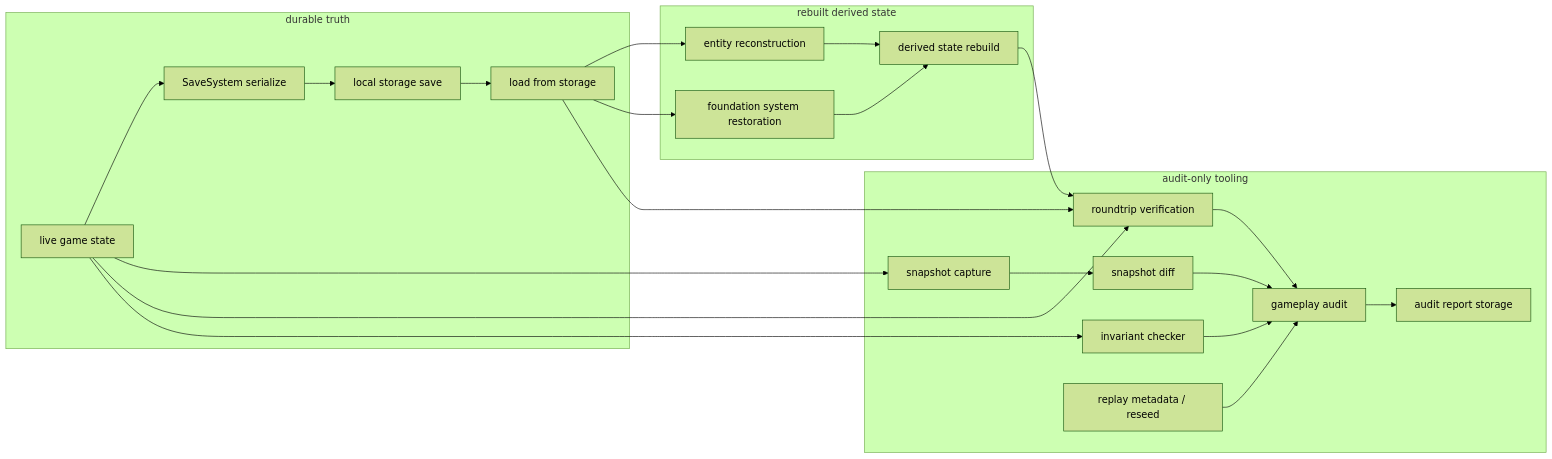
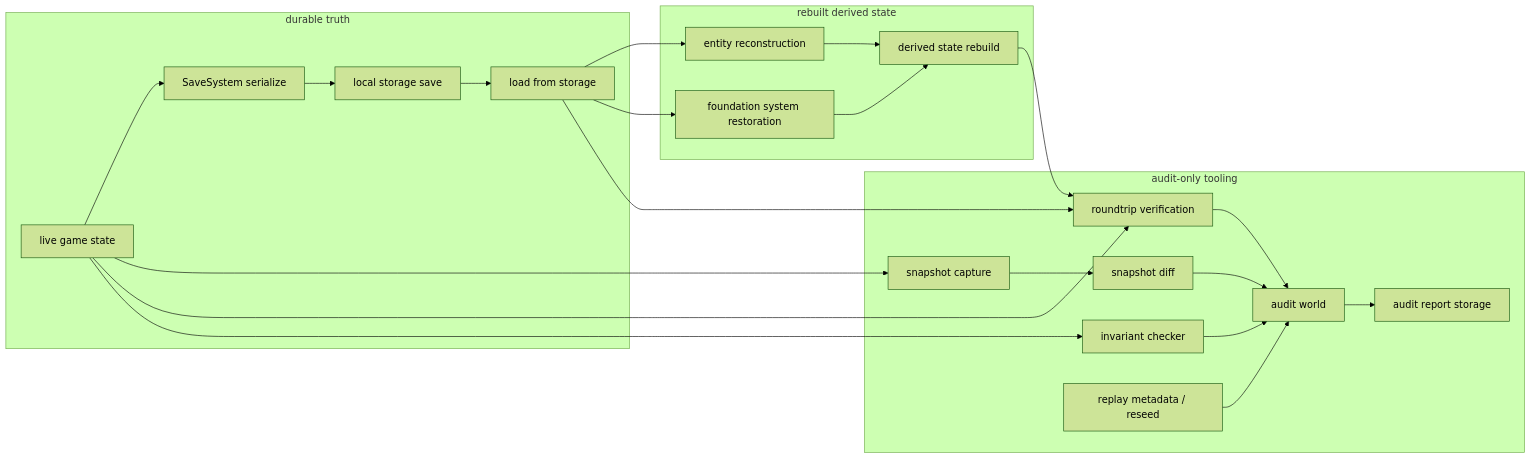
Before and after one commit to ssebrobless/Papilionem: the seventh of 8 diagrams in docs/guidebook/DEVELOPER-REFERENCE.md, drawn with Mermaid (forest theme). The commit also changed other lines of this file and 3118 other files, not shown here.

````diff
--- a/docs/guidebook/DEVELOPER-REFERENCE.md
+++ b/docs/guidebook/DEVELOPER-REFERENCE.md
@@ -282,43 +282,43 @@
 ```mermaid
 flowchart LR
     subgraph DT["durable truth"]
         A["live game state"]
         B["SaveSystem serialize"]
         C["local storage save"]
         D["load from storage"]
     end
 
     subgraph RD["rebuilt derived state"]
         E["entity reconstruction"]
         F["foundation system restoration"]
         G["derived state rebuild"]
     end
 
     subgraph AO["audit-only tooling"]
         H["roundtrip verification"]
         I["snapshot capture"]
         J["snapshot diff"]
         K["invariant checker"]
-        L["gameplay audit"]
+        L["audit world"]
         M["audit report storage"]
         N["replay metadata / reseed"]
     end
 
     A --> B --> C --> D
     D --> E
     D --> F
     E --> G
     F --> G
 
     A --> I --> J
     A --> H
     D --> H
     G --> H
 
     A --> K
     H --> L
     J --> L
     K --> L
     L --> M
     N --> L
 ```
````
